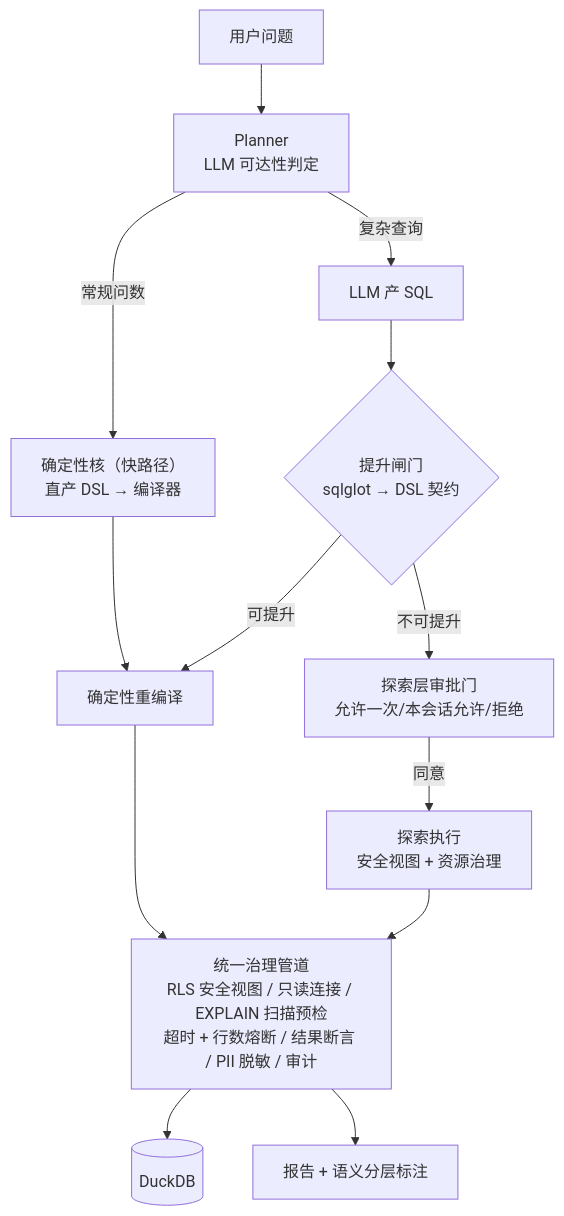
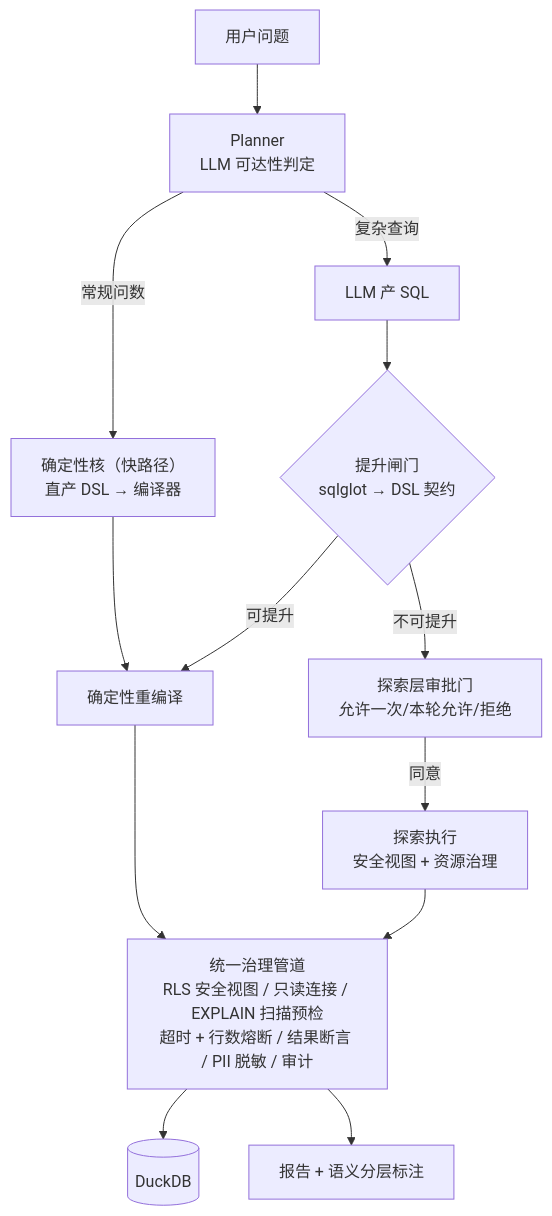
Before and after one commit to Cwentor/DataAgent: the diagram in docs/superpowers/specs/2026-10-02-capability-boundary-expansion-design.md, drawn with Mermaid. The commit also changed other lines of this file and 1 other file, not shown here.

````diff
--- a/docs/superpowers/specs/2026-10-02-capability-boundary-expansion-design.md
+++ b/docs/superpowers/specs/2026-10-02-capability-boundary-expansion-design.md
@@ -40,15 +40,15 @@
 ```mermaid
 flowchart TD
     Q[用户问题] --> P[Planner<br>LLM 可达性判定]
     P -->|常规问数| DSL["确定性核（快路径）<br>直产 DSL → 编译器"]
     P -->|复杂查询| SQLC[LLM 产 SQL]
     SQLC --> LIFT{提升闸门<br>sqlglot → DSL 契约}
     LIFT -->|可提升| CMP[确定性重编译]
-    LIFT -->|不可提升| GATE[探索层审批门<br>允许一次/本会话允许/拒绝]
+    LIFT -->|不可提升| GATE[探索层审批门<br>允许一次/本轮允许/拒绝]
     GATE -->|同意| EXP[探索执行<br>安全视图 + 资源治理]
     DSL --> CMP
     CMP --> PIPE
     EXP --> PIPE
     PIPE[统一治理管道<br>RLS 安全视图 / 只读连接 / EXPLAIN 扫描预检<br>超时 + 行数熔断 / 结果断言 / PII 脱敏 / 审计] --> R[(DuckDB)]
     PIPE --> OUT[报告 + 语义分层标注]
 ```
````
